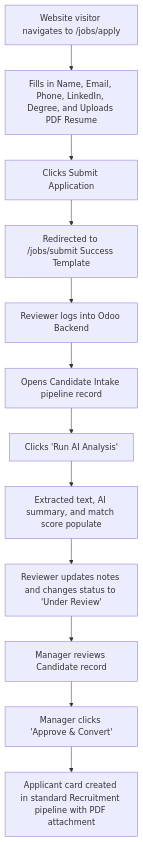
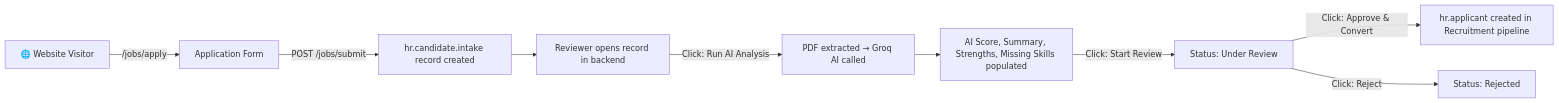
One commit to PratikParihar24/odoo-learning changed the diagram in addons/candidate_Intake/UserJourney.md. Above: the diagram before and after it, drawn with Mermaid. The commit also changed other lines of this file and 2 other files, not shown here.

````diff
--- a/addons/candidate_Intake/UserJourney.md
+++ b/addons/candidate_Intake/UserJourney.md
@@ -9,14 +9,11 @@
 ```mermaid
-graph TD
-    A[Website visitor navigates to /jobs/apply] --> B[Fills in Name, Email, Phone, LinkedIn, Degree, and Uploads PDF Resume]
-    B --> C[Clicks Submit Application]
-    C --> D[Redirected to /jobs/submit Success Template]
-    D --> E[Reviewer logs into Odoo Backend]
-    E --> F[Opens Candidate Intake pipeline record]
-    F --> G[Clicks 'Run AI Analysis']
-    G --> H[Extracted text, AI summary, and match score populate]
-    H --> I[Reviewer updates notes and changes status to 'Under Review']
-    I --> J[Manager reviews Candidate record]
-    J --> K[Manager clicks 'Approve & Convert']
-    K --> L[Applicant card created in standard Recruitment pipeline with PDF attachment]
+flowchart LR
+    A["🌐 Website Visitor"] -->|"/jobs/apply"| B["Application Form"]
+    B -->|"POST /jobs/submit"| C["hr.candidate.intake record created"]
+    C --> D["Reviewer opens record in backend"]
+    D -->|"Click: Run AI Analysis"| E["PDF extracted → Groq AI called"]
+    E --> F["AI Score, Summary, Strengths, Missing Skills populated"]
+    F -->|"Click: Start Review"| G["Status: Under Review"]
+    G -->|"Click: Approve & Convert"| H["hr.applicant created in Recruitment pipeline"]
+    G -->|"Click: Reject"| I["Status: Rejected"]
 ```
````
